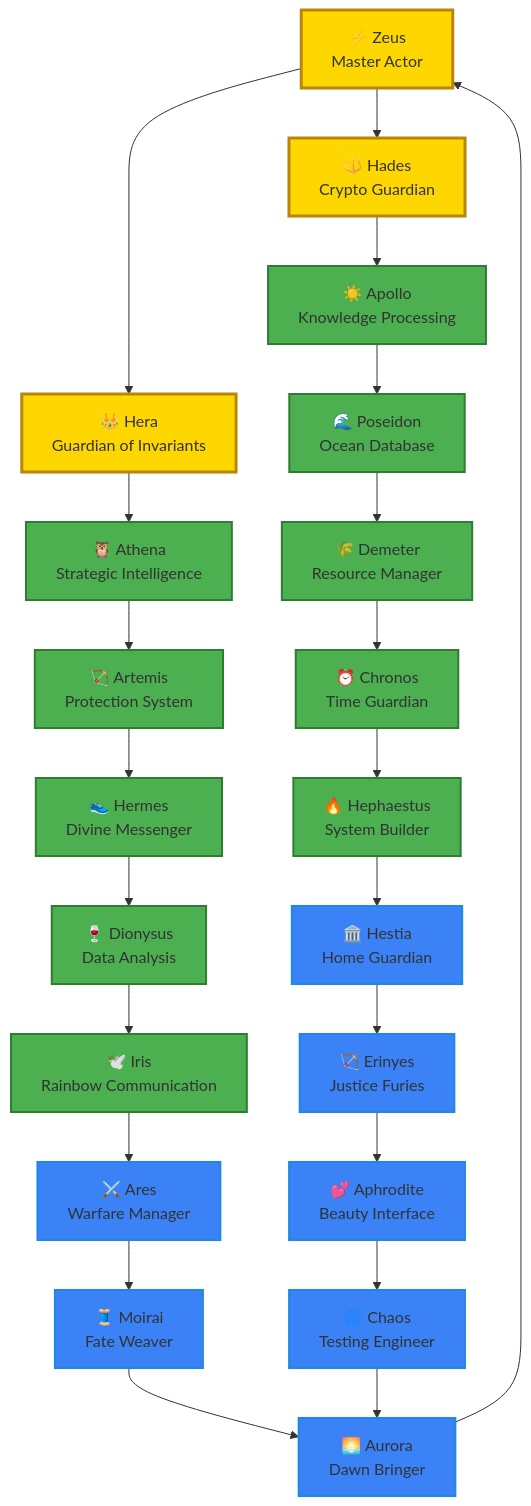
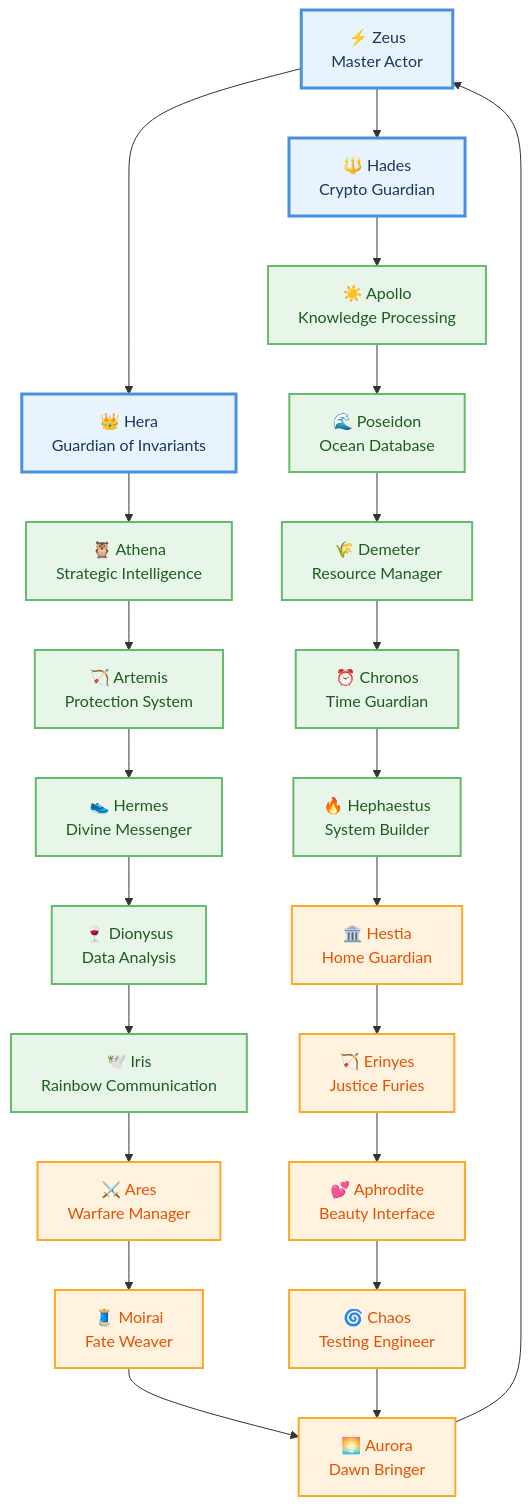
Before and after one commit to rooselvelt6/rocky: the first of 3 diagrams in README.md, drawn with Mermaid. The commit also changed other lines of this file, not shown here.

Commit message:
docs: improve diagram color scheme with professional palette
- Update Divine Network Topology with soft, elegant colors
- Update Divine Protection Layers with refined color scheme
- Use pastel backgrounds with subtle borders
- Add text color contrast for better readability
- Color scheme: blues, greens, oranges in soft tones

````diff
--- a/README.md
+++ b/README.md
@@ -78,39 +78,39 @@
 ```mermaid
 graph TB
     %% Supreme Trinity
     ZEUS[⚡ Zeus<br/>Master Actor] --> HERA
     ZEUS --> HADES
     HERA[👑 Hera<br/>Guardian of Invariants] --> ATHENA
     HADES[🔱 Hades<br/>Crypto Guardian] --> APOLLO
     
     %% Clinical Intelligence
     ATHENA[🦉 Athena<br/>Strategic Intelligence] --> ARTEMIS
     APOLLO[☀️ Apollo<br/>Knowledge Processing] --> POSEIDON
     ARTEMIS[🏹 Artemis<br/>Protection System] --> HERMES
     POSEIDON[🌊 Poseidon<br/>Ocean Database] --> DEMETER
     HERMES[👟 Hermes<br/>Divine Messenger] --> DIONYSUS
     DEMETER[🌾 Demeter<br/>Resource Manager] --> CHRONOS
     DIONYSUS[🍷 Dionysus<br/>Data Analysis] --> IRIS
     CHRONOS[⏰ Chronos<br/>Time Guardian] --> HEPHAESTUS
     
     %% Technical Infrastructure
     HEPHAESTUS[🔥 Hephaestus<br/>System Builder] --> HESTIA
     HESTIA[🏛️ Hestia<br/>Home Guardian] --> ERINYES
     IRIS[🕊️ Iris<br/>Rainbow Communication] --> ARES
     ERINYES[🏹️ Erinyes<br/>Justice Furies] --> APHRODITE
     
     %% Operational Systems
     ARES[⚔️ Ares<br/>Warfare Manager] --> MOIRAI
     APHRODITE[💕️ Aphrodite<br/>Beauty Interface] --> CHAOS
     MOIRAI[🧵️ Moirai<br/>Fate Weaver] --> AURORA
     CHAOS[🌀 Chaos<br/>Testing Engineer] --> AURORA
     AURORA[🌅 Aurora<br/>Dawn Bringer] --> ZEUS
     
-    classDef supreme fill:#FFD700,stroke:#B8860B,stroke-width:3px
-    classDef clinical fill:#4CAF50,stroke:#2E7D32,stroke-width:2px
-    classDef technical fill:#2196F3,stroke:#FF6F00,stroke-width:2px
-    classDef operational fill:#3B82F6,stroke:#1E88E5,stroke-width:2px
+    classDef supreme fill:#E8F4FD,stroke:#4A90E2,stroke-width:3px,color:#1A365D
+    classDef clinical fill:#E8F5E9,stroke:#66BB6A,stroke-width:2px,color:#1B5E20
+    classDef technical fill:#E3F2FD,stroke:#42A5F5,stroke-width:2px,color:#1565C0
+    classDef operational fill:#FFF3E0,stroke:#FFA726,stroke-width:2px,color:#E65100
     class ZEUS,HERA,HADES supreme
     class ATHENA,APOLLO,ARTEMIS,POSEIDON,HERMES,DEMETER,DIONYSUS,IRIS,CHRONOS,HEPHAESTUS clinical
     class HESTIA,ERINYES,ARES,APHRODITE,MOIRAI,CHAOS,AURORA operational
 ```
````
